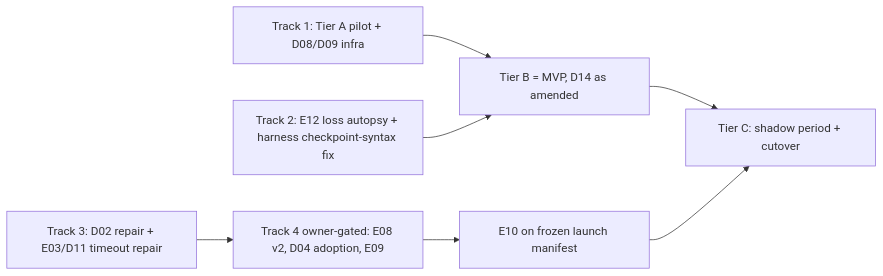
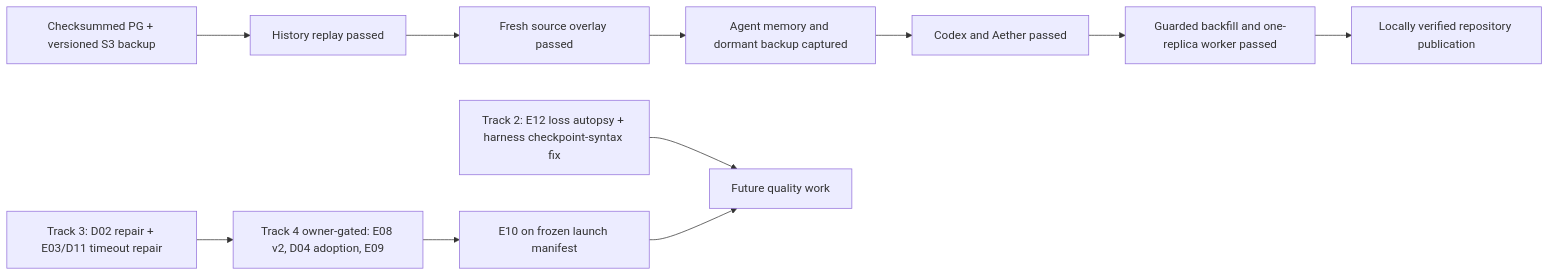
One commit to TorKallon/brunn changed the diagram in docs/MVP Plan.md. Above: the diagram before and after it, drawn with Mermaid. The commit also changed other lines of this file and 14 other files, not shown here.

````diff
--- a/docs/MVP Plan.md
+++ b/docs/MVP Plan.md
@@ -142,9 +196,13 @@
 ```mermaid
 flowchart LR
-    T1A[Track 1: Tier A pilot + D08/D09 infra] --> T1B[Tier B = MVP, D14 as amended]
-    T2[Track 2: E12 loss autopsy + harness checkpoint-syntax fix] --> T1B
+    B[Checksummed PG + versioned S3 backup] --> H[History replay passed]
+    H --> F[Fresh source overlay passed]
+    F --> M[Agent memory and dormant backup captured]
+    M --> C[Codex and Aether passed]
+    C --> W[Guarded backfill and one-replica worker passed]
+    W --> V[Locally verified repository publication]
+    T2[Track 2: E12 loss autopsy + harness checkpoint-syntax fix] --> Q[Future quality work]
     T3[Track 3: D02 repair + E03/D11 timeout repair] --> T4[Track 4 owner-gated: E08 v2, D04 adoption, E09]
     T4 --> E10G[E10 on frozen launch manifest]
-    T1B --> TC[Tier C: shadow period + cutover]
-    E10G --> TC
+    E10G --> Q
 ```
````
